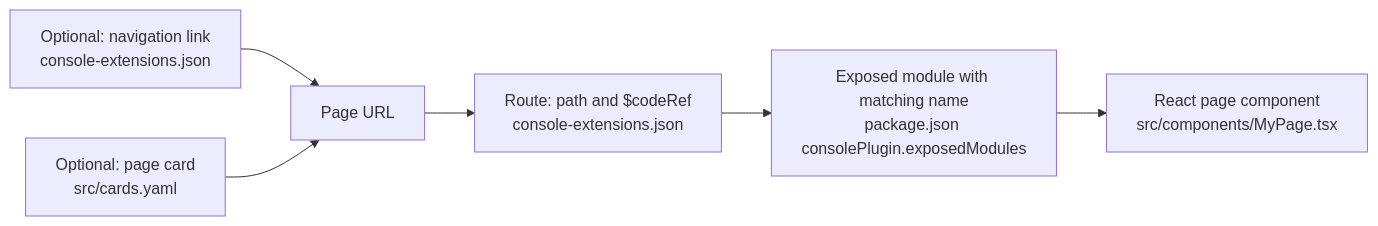
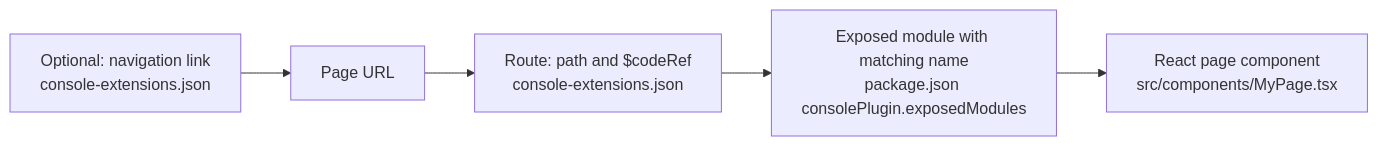
Before and after one commit to redhat-openshift-partner-labs/console-plugin: the diagram in README.md, drawn with Mermaid. The commit also changed other lines of this file and 25 other files, not shown here.

First line of the commit message:
refactor(demos): remove the page, guide, and cookbook cards

````diff
--- a/README.md
+++ b/README.md
@@ -36,8 +27,7 @@
 ```mermaid
 flowchart LR
     nav["Optional: navigation link<br/>console-extensions.json"] --> url["Page URL"]
-    card["Optional: page card<br/>src/cards.yaml"] --> url
     url --> route["Route: path and $codeRef<br/>console-extensions.json"]
     route --> module["Exposed module with matching name<br/>package.json consolePlugin.exposedModules"]
     module --> page["React page component<br/>src/components/MyPage.tsx"]
 ```
````
